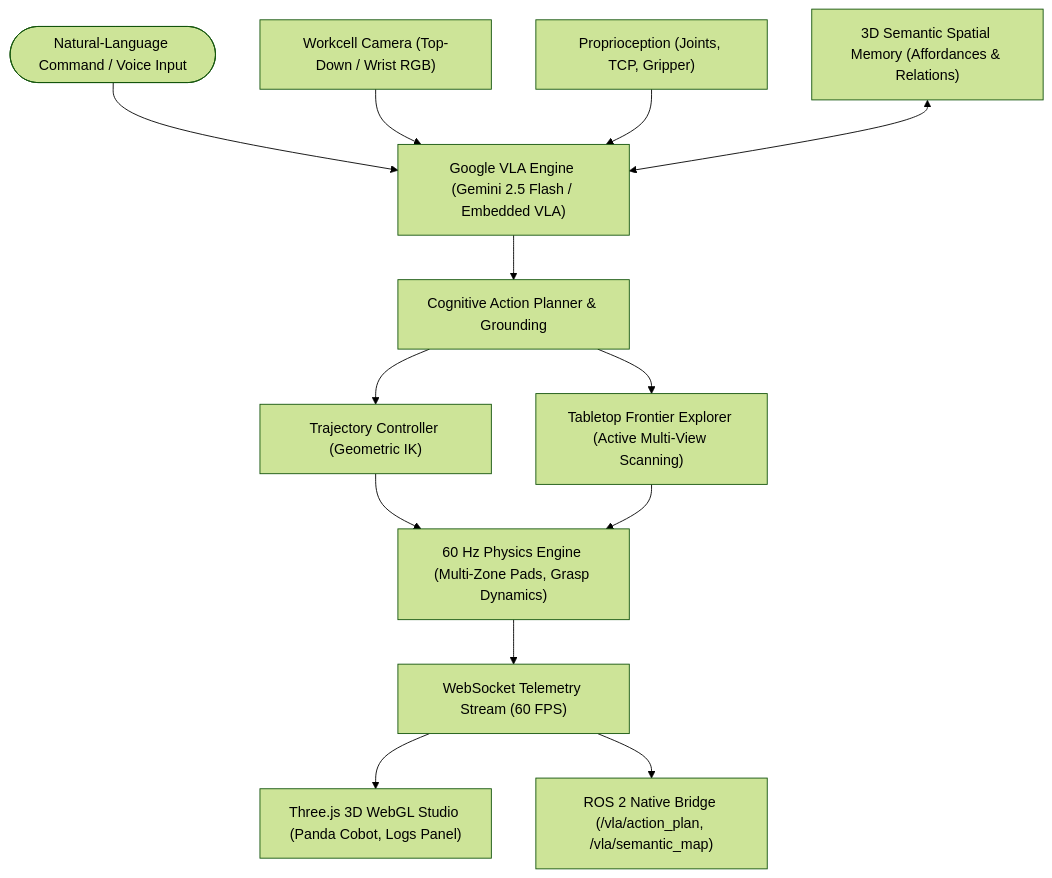
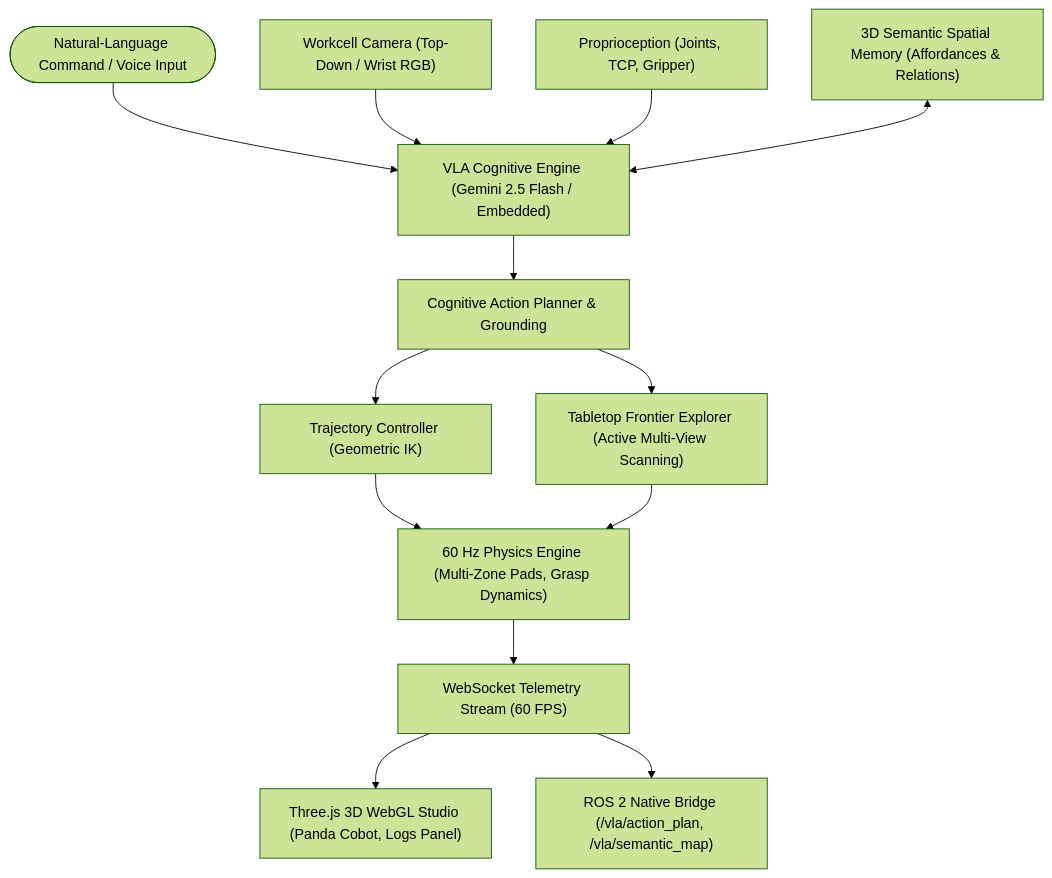
One commit to incheif/Aero changed the diagram in README.md. Above: the diagram before and after it, drawn with Mermaid (forest theme). The commit also changed other lines of this file and 11 other files, not shown here.

````diff
--- a/README.md
+++ b/README.md
@@ -55,18 +55,18 @@
 ```mermaid
 graph TD
-    User(["Natural-Language Command / Voice Input"]) --> Brain["Google VLA Engine (Gemini 2.5 Flash / Embedded VLA)"]
+    User(["Natural-Language Command / Voice Input"]) --> Brain["VLA Cognitive Engine (Gemini 2.5 Flash / Embedded)"]
     Camera["Workcell Camera (Top-Down / Wrist RGB)"] --> Brain
     State["Proprioception (Joints, TCP, Gripper)"] --> Brain
     Semantic["3D Semantic Spatial Memory (Affordances & Relations)"] <--> Brain
 
     Brain --> Decomposer["Cognitive Action Planner & Grounding"]
     Decomposer --> TrajectoryCtrl["Trajectory Controller (Geometric IK)"]
     Decomposer --> Explorer["Tabletop Frontier Explorer (Active Multi-View Scanning)"]
 
     TrajectoryCtrl --> Sim["60 Hz Physics Engine (Multi-Zone Pads, Grasp Dynamics)"]
     Explorer --> Sim
 
     Sim --> Telemetry["WebSocket Telemetry Stream (60 FPS)"]
     Telemetry --> ThreeJS["Three.js 3D WebGL Studio (Panda Cobot, Logs Panel)"]
     Telemetry --> ROS2["ROS 2 Native Bridge (/vla/action_plan, /vla/semantic_map)"]
 ```
````
